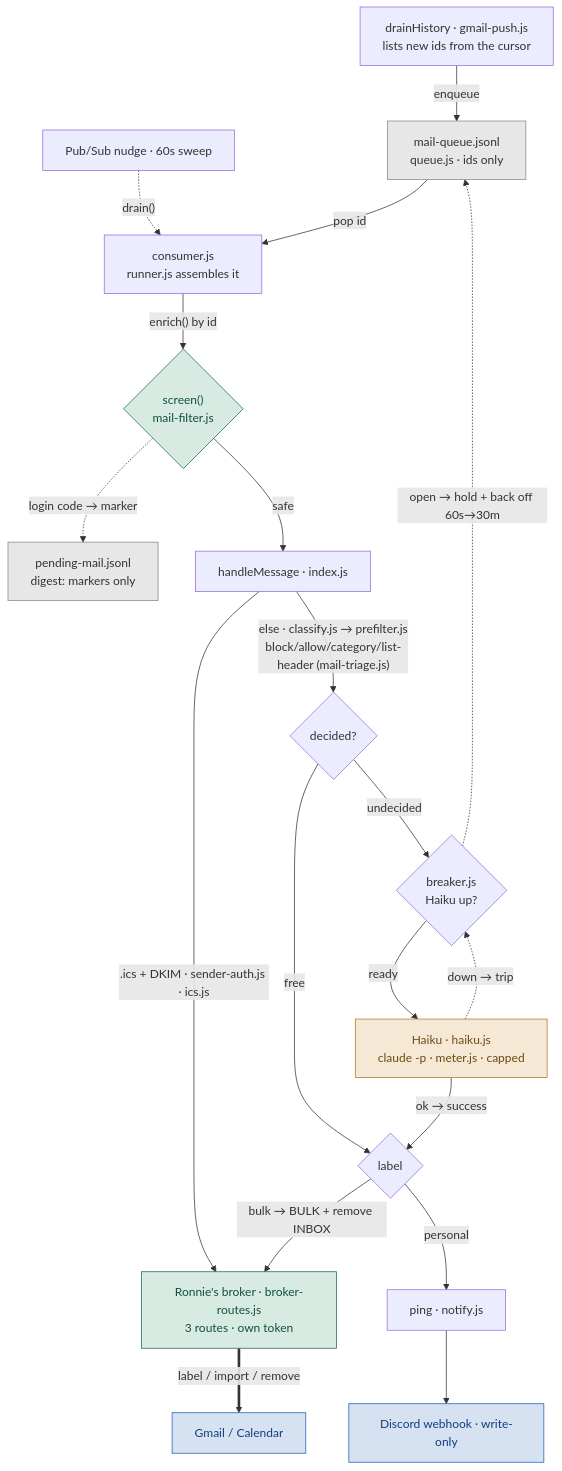
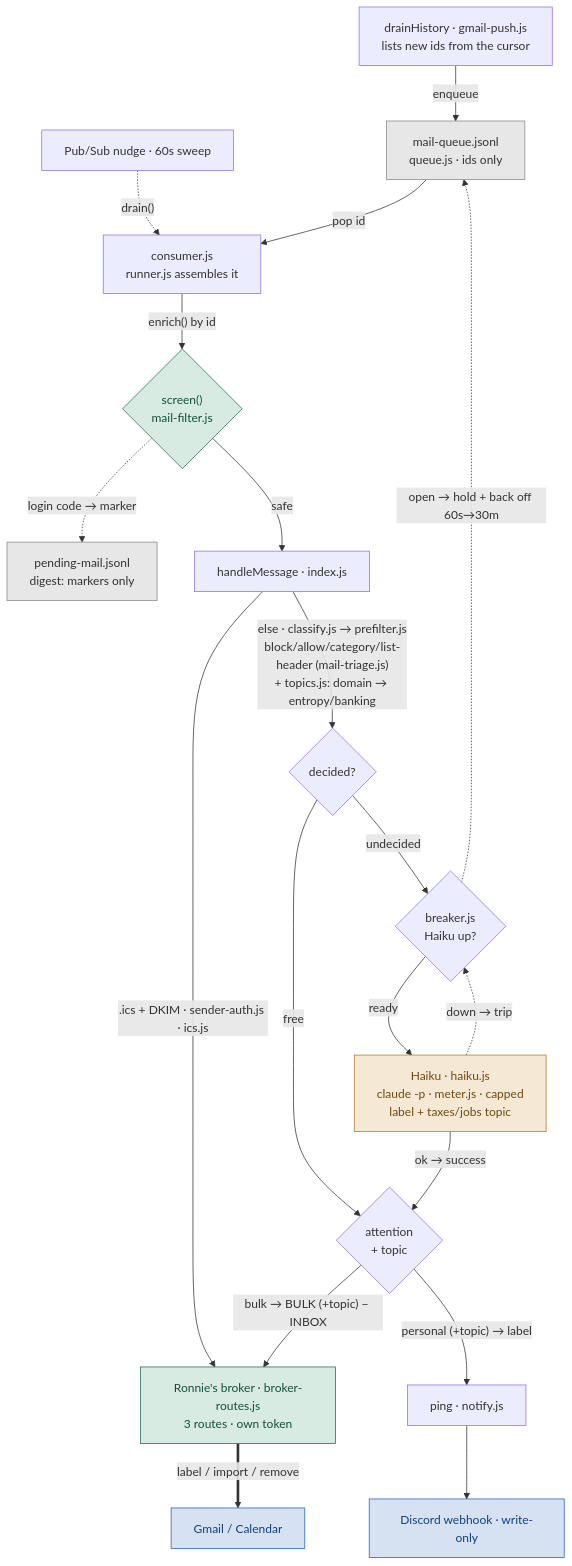
The third of 6 diagrams in SYSTEM-MAP.md (KubaJerz/alfred-node), drawn with Mermaid before and after one commit. The commit also changed other lines of this file and 14 other files, not shown here.

First line of the commit message:
feat: Ronnie topic labels (second axis) + inbox backfill

````diff
--- a/SYSTEM-MAP.md
+++ b/SYSTEM-MAP.md
@@ -162,30 +162,30 @@
 ```mermaid
 flowchart TD
     D["drainHistory · gmail-push.js<br/>lists new ids from the cursor"] -->|"enqueue"| Q["mail-queue.jsonl<br/>queue.js · ids only"]
     T["Pub/Sub nudge · 60s sweep"] -.->|"drain()"| C
     Q -->|"pop id"| C["consumer.js<br/>runner.js assembles it"]
     C -->|"enrich() by id"| SC{"screen()<br/>mail-filter.js"}
     SC -.->|"login code → marker"| BUF["pending-mail.jsonl<br/>digest: markers only"]
     SC -->|"safe"| H["handleMessage · index.js"]
     H -->|".ics + DKIM · sender-auth.js · ics.js"| RBR
-    H -->|"else · classify.js → prefilter.js<br/>block/allow/category/list-header (mail-triage.js)"| PF{"decided?"}
+    H -->|"else · classify.js → prefilter.js<br/>block/allow/category/list-header (mail-triage.js)<br/>+ topics.js: domain → entropy/banking"| PF{"decided?"}
     PF -->|"free"| ACT
     PF -->|"undecided"| BR{"breaker.js<br/>Haiku up?"}
-    BR -->|"ready"| HK["Haiku · haiku.js<br/>claude -p · meter.js · capped"]
+    BR -->|"ready"| HK["Haiku · haiku.js<br/>claude -p · meter.js · capped<br/>label + taxes/jobs topic"]
     BR -.->|"open → hold + back off 60s→30m"| Q
-    HK -->|"ok → success"| ACT{"label"}
+    HK -->|"ok → success"| ACT{"attention<br/>+ topic"}
     HK -.->|"down → trip"| BR
-    ACT -->|"bulk → BULK + remove INBOX"| RBR
-    ACT -->|"personal"| PING["ping · notify.js"]
+    ACT -->|"bulk → BULK (+topic) − INBOX"| RBR
+    ACT -->|"personal (+topic) → label"| PING["ping · notify.js"]
     RBR["Ronnie's broker · broker-routes.js<br/>3 routes · own token"] ==>|"label / import / remove"| GM["Gmail / Calendar"]
     PING --> DIS["Discord webhook · write-only"]
 
     classDef external fill:#d6e2f2,stroke:#1f5fb8,color:#123f7d
     classDef gateway fill:#d8ebe2,stroke:#1b6b52,color:#12503c
     classDef agent fill:#f5e8d5,stroke:#b07a2a,color:#6e4a12
     classDef store fill:#e7e7e7,stroke:#888,color:#333
     class GM,DIS external
     class SC,RBR gateway
     class HK agent
     class Q,BUF store
 ```
````
